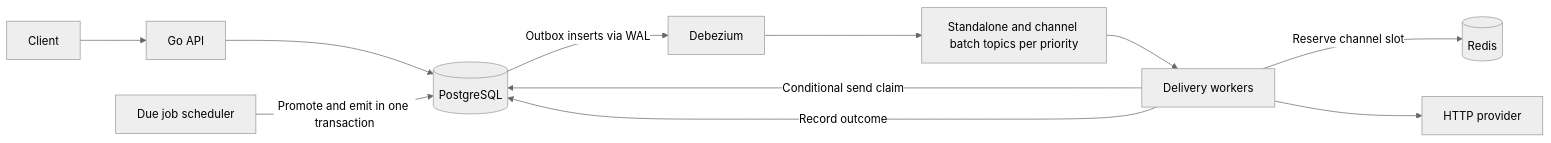
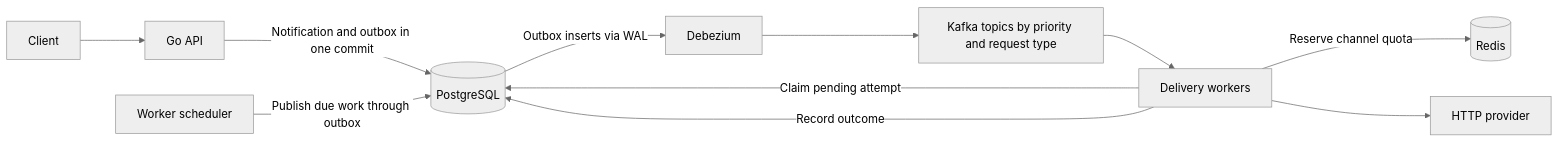
One commit to EfeDurmaz16/notification-system changed the diagram in README.md. Above: the diagram before and after it, drawn with Mermaid (neutral theme). The commit also changed other lines of this file and 11 other files, not shown here.

````diff
--- a/README.md
+++ b/README.md
@@ -34,13 +39,13 @@
 ```mermaid
 flowchart LR
     C[Client] --> A[Go API]
-    A --> P[(PostgreSQL)]
+    A -->|Notification and outbox in one commit| P[(PostgreSQL)]
     P -->|Outbox inserts via WAL| D[Debezium]
-    D --> K[Standalone and channel batch topics per priority]
+    D --> K[Kafka topics by priority and request type]
     K --> W[Delivery workers]
-    W -->|Reserve channel slot| R[(Redis)]
-    W -->|Conditional send claim| P
+    W -->|Reserve channel quota| R[(Redis)]
+    W -->|Claim pending attempt| P
     W --> H[HTTP provider]
     W -->|Record outcome| P
-    S[Due job scheduler] -->|Promote and emit in one transaction| P
+    S[Worker scheduler] -->|Publish due work through outbox| P
 ```
````
